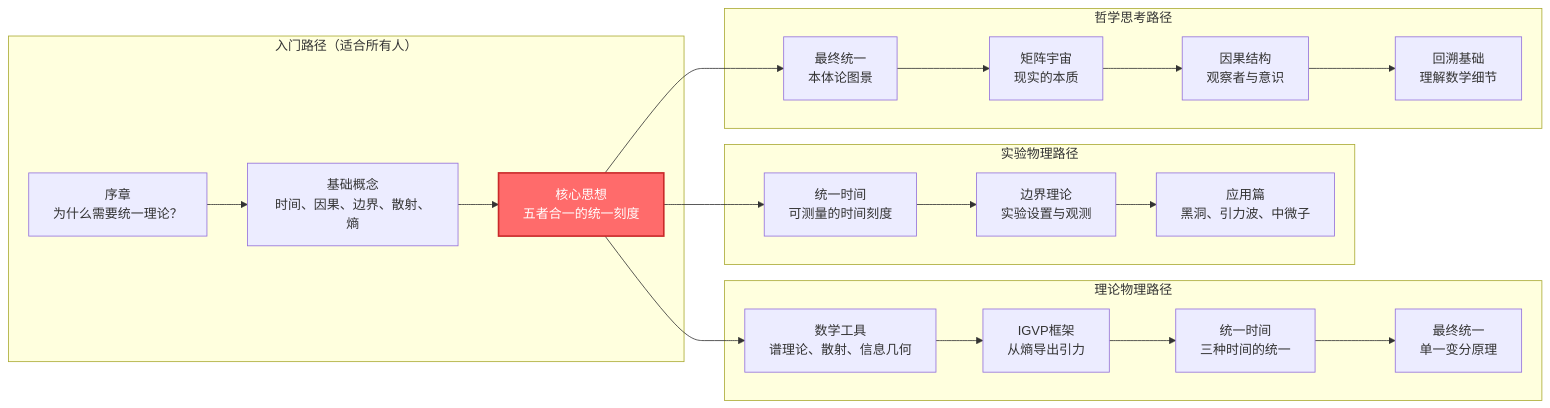
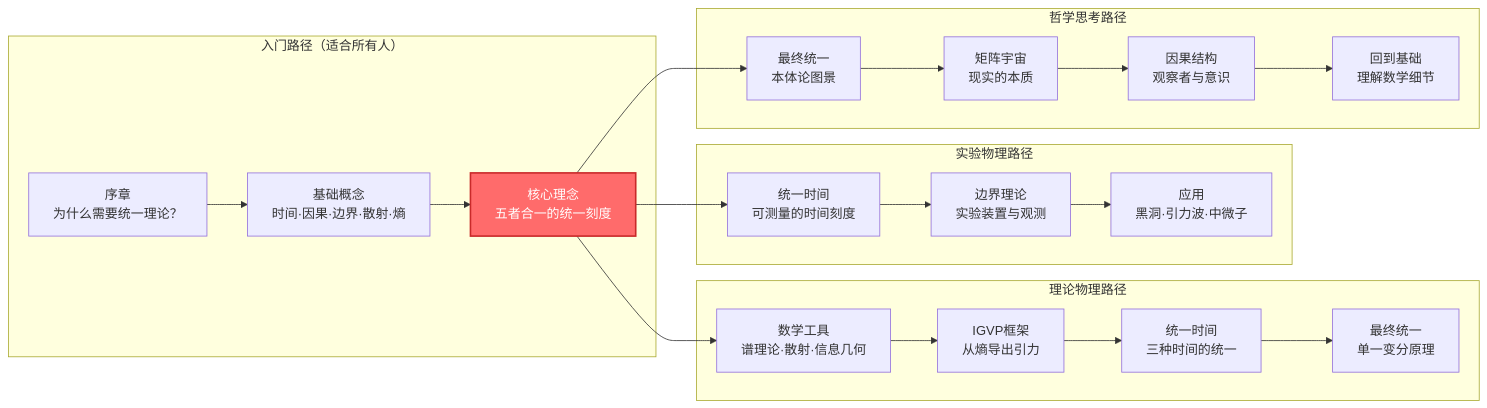
Before and after one commit to loning/zeckendorf-hilbert: the second of 3 diagrams in docs/euler-article/gls-union/index.md, drawn with Mermaid. The commit also changed other lines of this file and 26 other files, not shown here.

````diff
--- a/docs/euler-article/gls-union/index.md
+++ b/docs/euler-article/gls-union/index.md
@@ -142,41 +141,41 @@
 ```mermaid
 graph LR
     subgraph "入门路径（适合所有人）"
         A1["序章<br/>为什么需要统一理论？"]
-        A2["基础概念<br/>时间、因果、边界、散射、熵"]
-        A3["核心思想<br/>五者合一的统一刻度"]
+        A2["基础概念<br/>时间·因果·边界·散射·熵"]
+        A3["核心理念<br/>五者合一的统一刻度"]
     end
 
     subgraph "理论物理路径"
-        B1["数学工具<br/>谱理论、散射、信息几何"]
+        B1["数学工具<br/>谱理论·散射·信息几何"]
         B2["IGVP框架<br/>从熵导出引力"]
         B3["统一时间<br/>三种时间的统一"]
         B4["最终统一<br/>单一变分原理"]
     end
 
     subgraph "实验物理路径"
         C1["统一时间<br/>可测量的时间刻度"]
-        C2["边界理论<br/>实验设置与观测"]
-        C3["应用篇<br/>黑洞、引力波、中微子"]
+        C2["边界理论<br/>实验装置与观测"]
+        C3["应用<br/>黑洞·引力波·中微子"]
     end
 
     subgraph "哲学思考路径"
         D1["最终统一<br/>本体论图景"]
         D2["矩阵宇宙<br/>现实的本质"]
         D3["因果结构<br/>观察者与意识"]
-        D4["回溯基础<br/>理解数学细节"]
+        D4["回到基础<br/>理解数学细节"]
     end
 
     A1 --> A2 --> A3
 
     A3 --> B1
     B1 --> B2 --> B3 --> B4
 
     A3 --> C1
     C1 --> C2 --> C3
 
     A3 --> D1
     D1 --> D2 --> D3 --> D4
 
     style A3 fill:#ff6b6b,stroke:#c92a2a,stroke-width:2px,color:#fff
 ```
````
